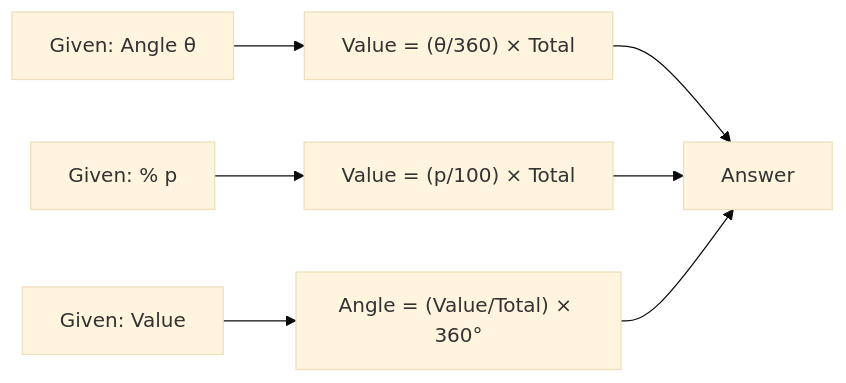
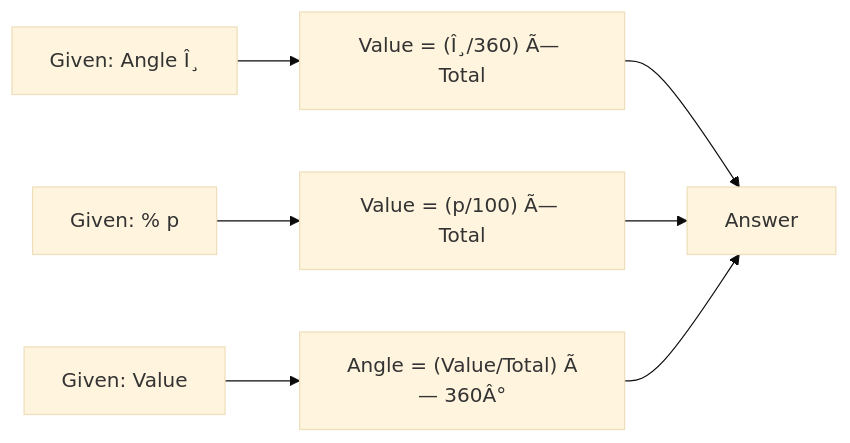
One commit to Raushan666java/ai-engineering-journey changed the second of 7 diagrams in docs/courses/quantitative-aptitude/03-data-interpretation.md. Above: the diagram before and after it, drawn with Mermaid (base theme). The commit also changed other lines of this file and 735 other files, not shown here.

````diff
--- a/docs/courses/quantitative-aptitude/03-data-interpretation.md
+++ b/docs/courses/quantitative-aptitude/03-data-interpretation.md
@@ -145,9 +145,9 @@
 ```mermaid
 flowchart LR
-    A["Given: Angle θ"] --> B["Value = (θ/360) × Total"]
-    C["Given: % p"] --> D["Value = (p/100) × Total"]
-    E["Given: Value"] --> F["Angle = (Value/Total) × 360°"]
+    A["Given: Angle Î¸"] --> B["Value = (Î¸/360) Ã— Total"]
+    C["Given: % p"] --> D["Value = (p/100) Ã— Total"]
+    E["Given: Value"] --> F["Angle = (Value/Total) Ã— 360Â°"]
     B --> G["Answer"]
     D --> G
     F --> G
 ```
````
